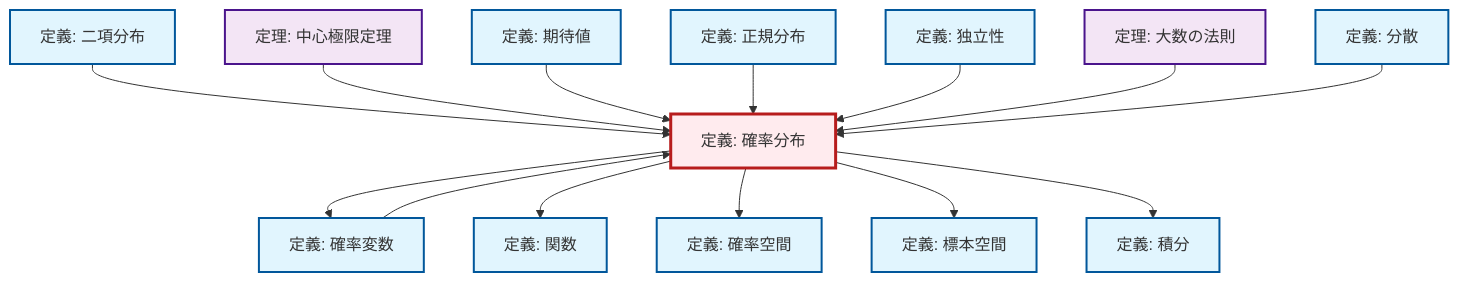
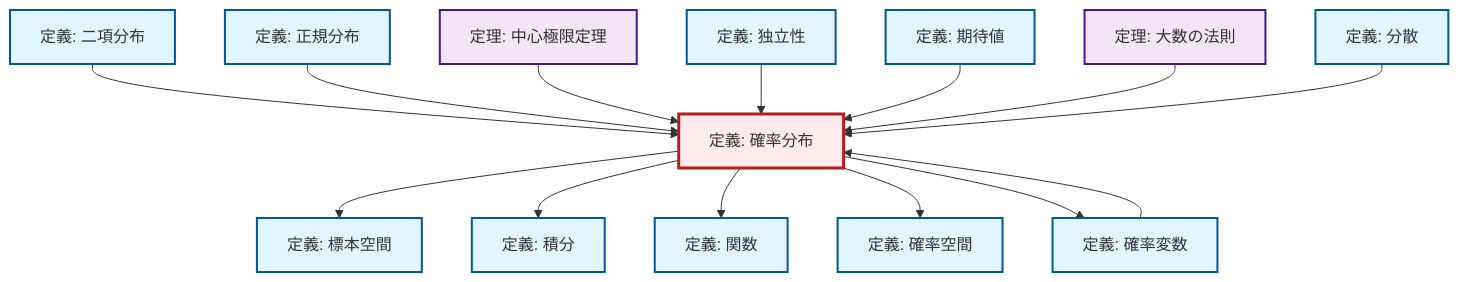
The diagram in content/ja/probability-statistics/def-probability-distribution.qmd (RK0429/ModernMath), drawn with Mermaid before and after one commit. The commit also changed other lines of this file and 1012 other files, not shown here.

````diff
--- a/content/ja/probability-statistics/def-probability-distribution.qmd
+++ b/content/ja/probability-statistics/def-probability-distribution.qmd
@@ -100,48 +100,48 @@
 ```{mermaid}
 %%| fig-cap: "Local dependency graph"
 graph TD
     classDef definition fill:#e1f5fe,stroke:#01579b,stroke-width:2px
     classDef theorem fill:#f3e5f5,stroke:#4a148c,stroke-width:2px
     classDef axiom fill:#fff3e0,stroke:#e65100,stroke-width:2px
     classDef example fill:#e8f5e9,stroke:#1b5e20,stroke-width:2px
     classDef current fill:#ffebee,stroke:#b71c1c,stroke-width:3px
+    def-probability-distribution["定義: 確率分布"]:::definition
+    def-expectation["定義: 期待値"]:::definition
+    thm-central-limit["定理: 中心極限定理"]:::theorem
+    def-random-variable["定義: 確率変数"]:::definition
+    def-binomial-distribution["定義: 二項分布"]:::definition
+    def-independence["定義: 独立性"]:::definition
+    def-function["定義: 関数"]:::definition
     def-sample-space["定義: 標本空間"]:::definition
     def-integral["定義: 積分"]:::definition
-    def-expectation["定義: 期待値"]:::definition
-    thm-central-limit["定理: 中心極限定理"]:::theorem
-    def-function["定義: 関数"]:::definition
-    def-binomial-distribution["定義: 二項分布"]:::definition
-    def-random-variable["定義: 確率変数"]:::definition
+    thm-law-of-large-numbers["定理: 大数の法則"]:::theorem
+    def-normal-distribution["定義: 正規分布"]:::definition
+    def-probability-space["定義: 確率空間"]:::definition
     def-variance["定義: 分散"]:::definition
-    def-probability-space["定義: 確率空間"]:::definition
-    thm-law-of-large-numbers["定理: 大数の法則"]:::theorem
-    def-independence["定義: 独立性"]:::definition
-    def-probability-distribution["定義: 確率分布"]:::definition
-    def-normal-distribution["定義: 正規分布"]:::definition
+    def-probability-distribution --> def-sample-space
+    def-random-variable --> def-probability-distribution
+    def-binomial-distribution --> def-probability-distribution
+    def-probability-distribution --> def-integral
+    def-normal-distribution --> def-probability-distribution
+    thm-central-limit --> def-probability-distribution
+    def-independence --> def-probability-distribution
+    def-expectation --> def-probability-distribution
+    def-probability-distribution --> def-function
+    def-probability-distribution --> def-probability-space
     def-probability-distribution --> def-random-variable
-    def-probability-distribution --> def-function
-    def-binomial-distribution --> def-probability-distribution
-    def-probability-distribution --> def-probability-space
-    thm-central-limit --> def-probability-distribution
-    def-expectation --> def-probability-distribution
-    def-normal-distribution --> def-probability-distribution
-    def-independence --> def-probability-distribution
-    def-random-variable --> def-probability-distribution
-    def-probability-distribution --> def-sample-space
     thm-law-of-large-numbers --> def-probability-distribution
-    def-probability-distribution --> def-integral
     def-variance --> def-probability-distribution
     class def-probability-distribution current
+    click def-expectation "def-expectation.html" "期待値の定義へ"
+    click thm-central-limit "thm-central-limit.html" "中心極限定理の定理へ"
+    click def-random-variable "def-random-variable.html" "確率変数の定義へ"
+    click def-binomial-distribution "def-binomial-distribution.html" "二項分布の定義へ"
+    click def-independence "def-independence.html" "独立性の定義へ"
+    click def-function "def-function.html" "関数の定義へ"
     click def-sample-space "def-sample-space.html" "標本空間の定義へ"
     click def-integral "def-integral.html" "積分の定義へ"
-    click def-expectation "def-expectation.html" "期待値の定義へ"
-    click thm-central-limit "thm-central-limit.html" "中心極限定理の定理へ"
-    click def-function "def-function.html" "関数の定義へ"
-    click def-binomial-distribution "def-binomial-distribution.html" "二項分布の定義へ"
-    click def-random-variable "def-random-variable.html" "確率変数の定義へ"
+    click thm-law-of-large-numbers "thm-law-of-large-numbers.html" "大数の法則の定理へ"
+    click def-normal-distribution "def-normal-distribution.html" "正規分布の定義へ"
+    click def-probability-space "def-probability-space.html" "確率空間の定義へ"
     click def-variance "def-variance.html" "分散の定義へ"
-    click def-probability-space "def-probability-space.html" "確率空間の定義へ"
-    click thm-law-of-large-numbers "thm-law-of-large-numbers.html" "大数の法則の定理へ"
-    click def-independence "def-independence.html" "独立性の定義へ"
-    click def-normal-distribution "def-normal-distribution.html" "正規分布の定義へ"
 ```
````
